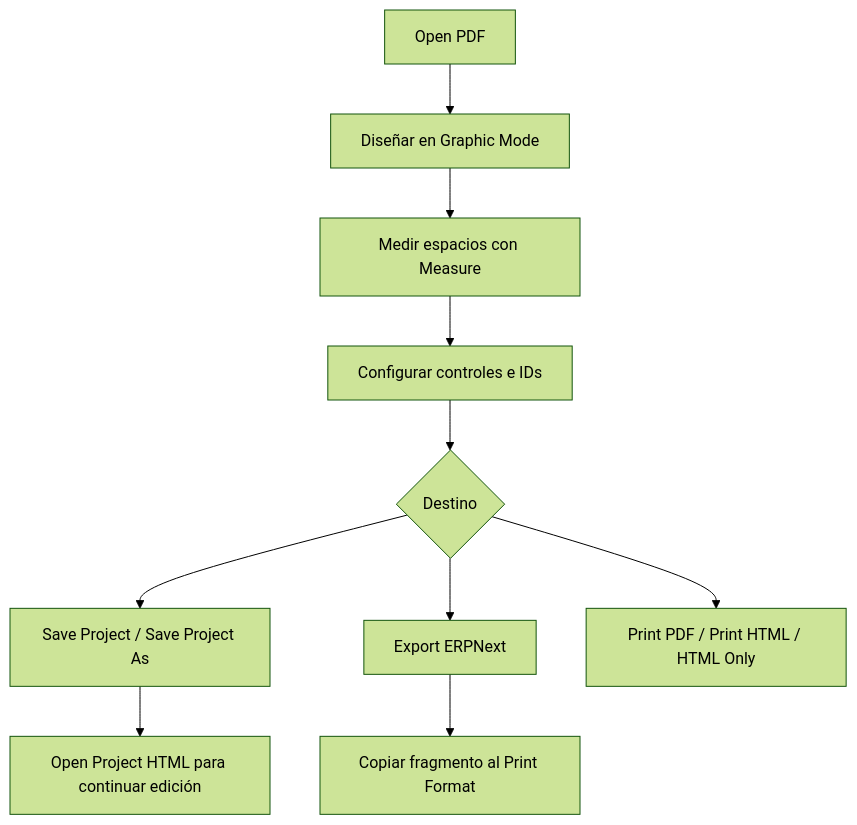
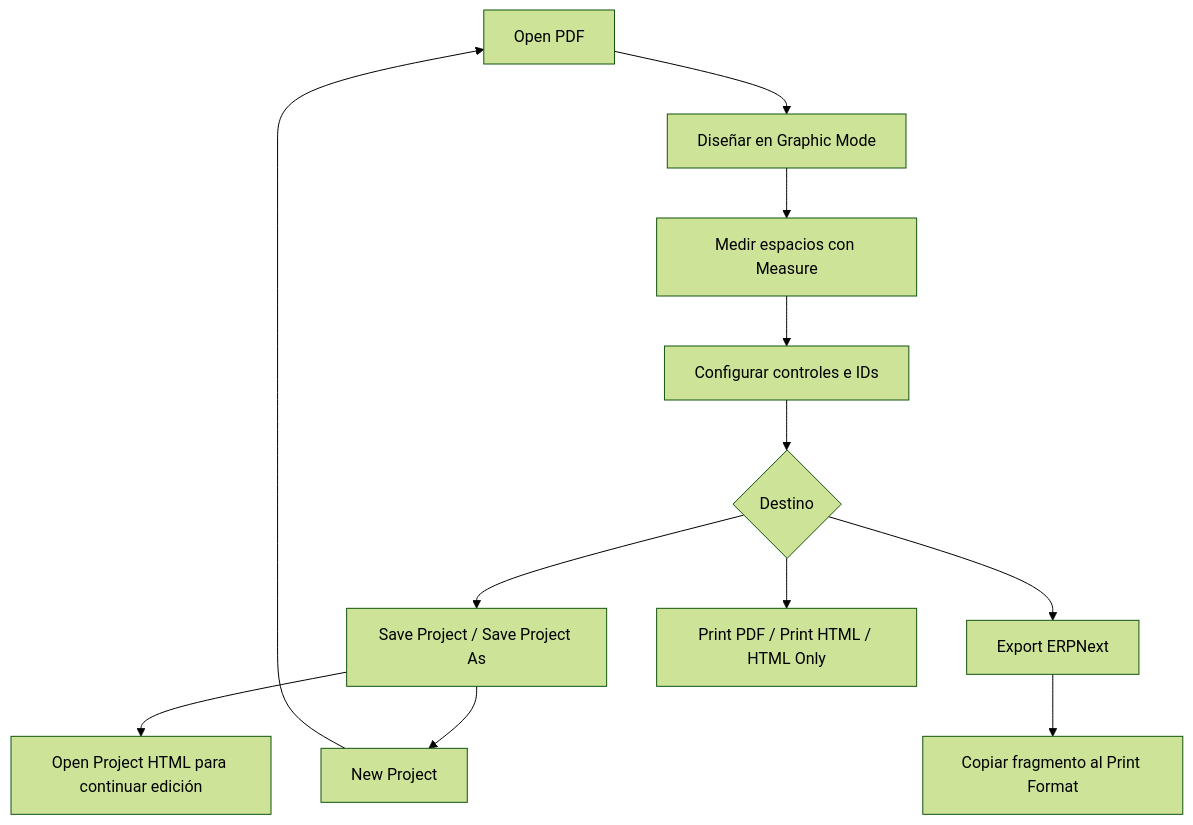
Before and after one commit to berroteran/pdf-overlay-design: the first of 2 diagrams in README.md, drawn with Mermaid (forest theme). The commit also changed other lines of this file and 4 other files, not shown here.

````diff
--- a/README.md
+++ b/README.md
@@ -102,12 +111,14 @@
 ```mermaid
 flowchart TD
     A[Open PDF] --> B[Diseñar en Graphic Mode]
     B --> C[Medir espacios con Measure]
     C --> D[Configurar controles e IDs]
     D --> E{Destino}
     E --> F[Save Project / Save Project As]
     E --> G[Export ERPNext]
     E --> H[Print PDF / Print HTML / HTML Only]
+    F --> K[New Project]
+    K --> A
     F --> I[Open Project HTML para continuar edición]
     G --> J[Copiar fragmento al Print Format]
 ```
````
